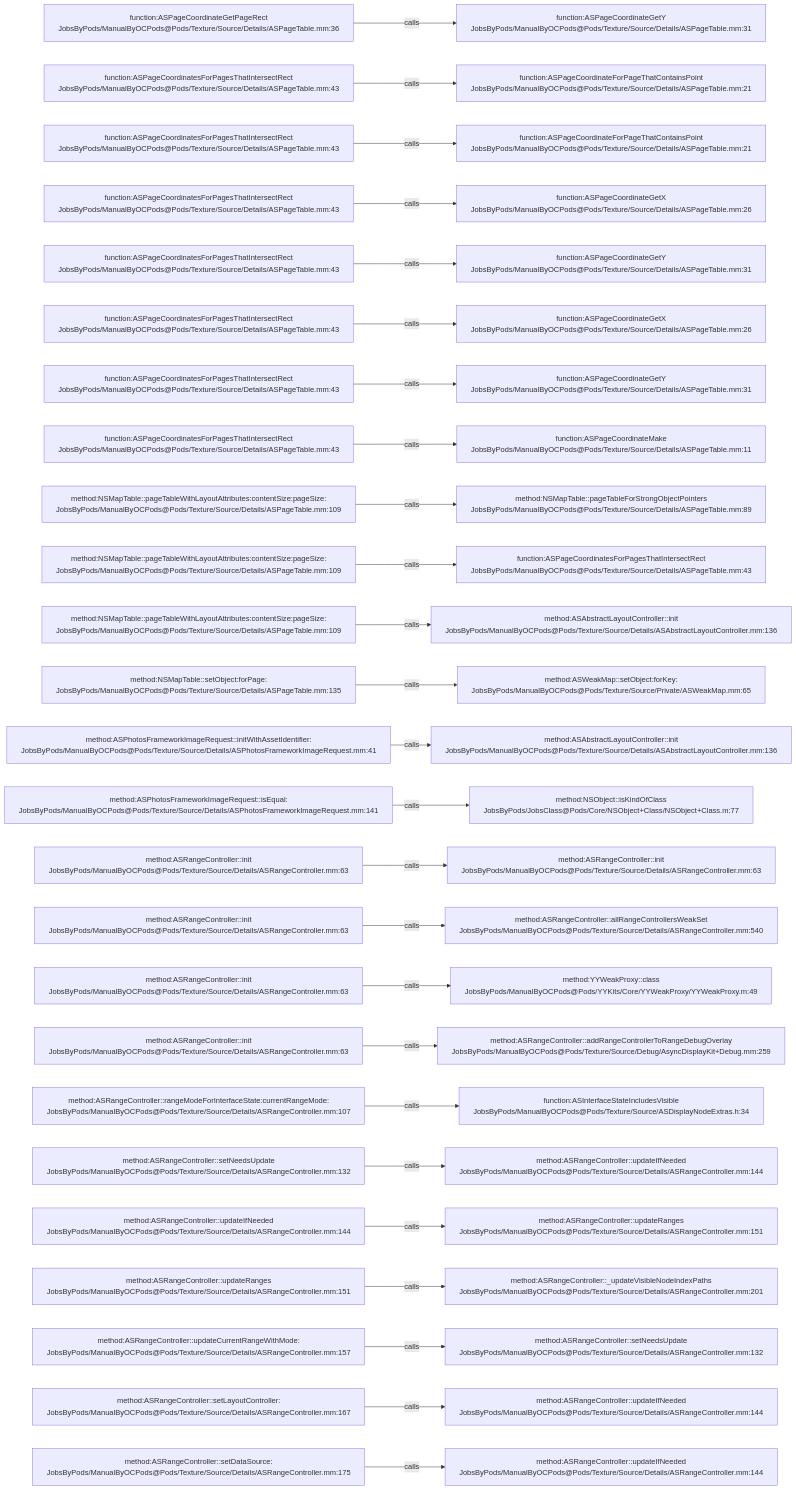
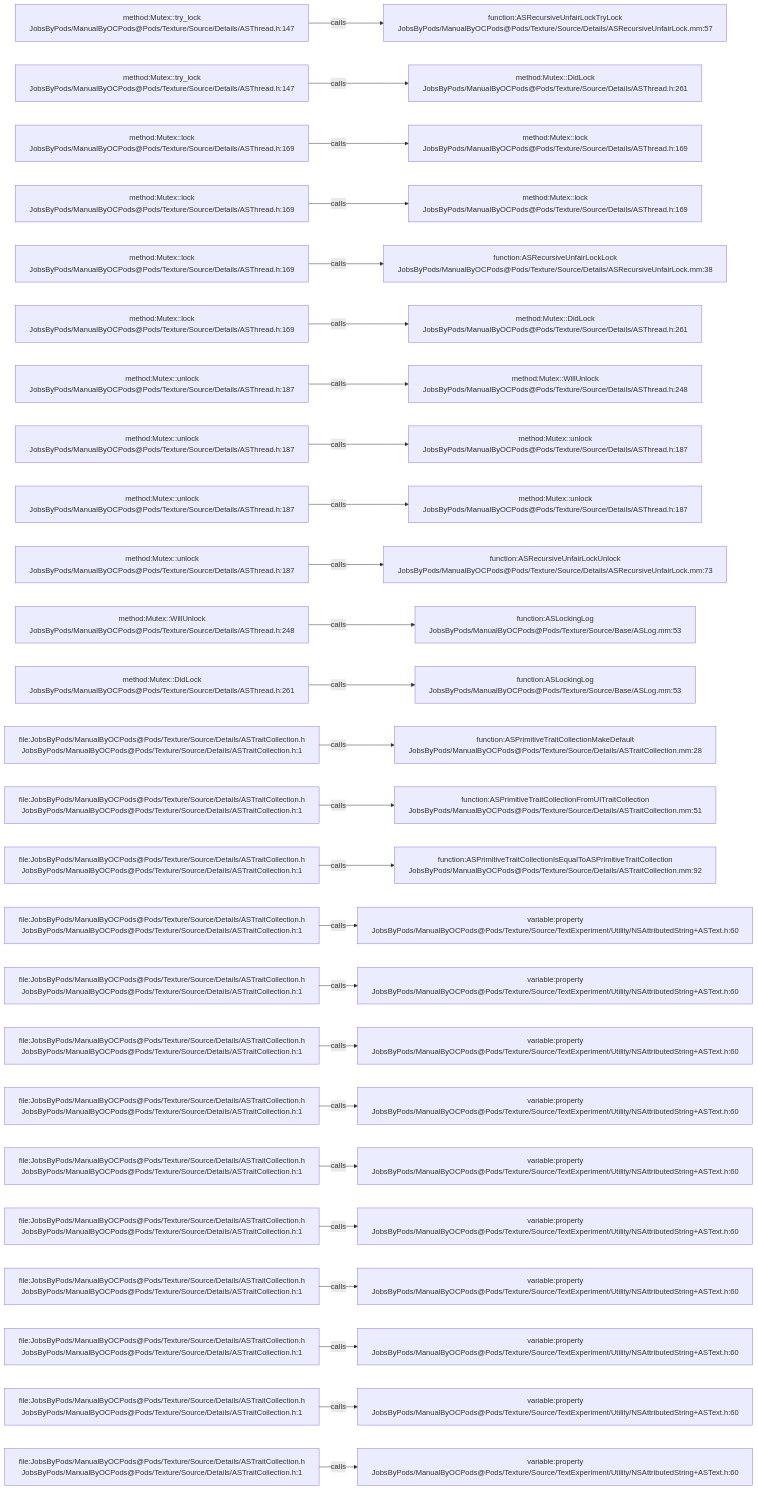
One commit to JobsKits/JobsOCBaseConfigDemo changed the diagram in .codegraph/codegraph.md/graphs/calls-164.md. Above: the diagram before and after it, drawn with Mermaid. The commit also changed 1353 other files, not shown here.

````diff
--- a/.codegraph/codegraph.md/graphs/calls-164.md
+++ b/.codegraph/codegraph.md/graphs/calls-164.md
@@ -13,78 +13,78 @@
 ```mermaid
 flowchart LR
-  S1["function:ASPageCoordinateGetPageRect<br/>JobsByPods/ManualByOCPods@Pods/Texture/Source/Details/ASPageTable.mm:36"]
-  T1["function:ASPageCoordinateGetY<br/>JobsByPods/ManualByOCPods@Pods/Texture/Source/Details/ASPageTable.mm:31"]
+  S1["method:Mutex::try_lock<br/>JobsByPods/ManualByOCPods@Pods/Texture/Source/Details/ASThread.h:147"]
+  T1["function:ASRecursiveUnfairLockTryLock<br/>JobsByPods/ManualByOCPods@Pods/Texture/Source/Details/ASRecursiveUnfairLock.mm:57"]
   S1 -->|calls| T1
-  S2["function:ASPageCoordinatesForPagesThatIntersectRect<br/>JobsByPods/ManualByOCPods@Pods/Texture/Source/Details/ASPageTable.mm:43"]
-  T2["function:ASPageCoordinateForPageThatContainsPoint<br/>JobsByPods/ManualByOCPods@Pods/Texture/Source/Details/ASPageTable.mm:21"]
+  S2["method:Mutex::try_lock<br/>JobsByPods/ManualByOCPods@Pods/Texture/Source/Details/ASThread.h:147"]
+  T2["method:Mutex::DidLock<br/>JobsByPods/ManualByOCPods@Pods/Texture/Source/Details/ASThread.h:261"]
   S2 -->|calls| T2
-  S3["function:ASPageCoordinatesForPagesThatIntersectRect<br/>JobsByPods/ManualByOCPods@Pods/Texture/Source/Details/ASPageTable.mm:43"]
-  T3["function:ASPageCoordinateForPageThatContainsPoint<br/>JobsByPods/ManualByOCPods@Pods/Texture/Source/Details/ASPageTable.mm:21"]
+  S3["method:Mutex::lock<br/>JobsByPods/ManualByOCPods@Pods/Texture/Source/Details/ASThread.h:169"]
+  T3["method:Mutex::lock<br/>JobsByPods/ManualByOCPods@Pods/Texture/Source/Details/ASThread.h:169"]
   S3 -->|calls| T3
-  S4["function:ASPageCoordinatesForPagesThatIntersectRect<br/>JobsByPods/ManualByOCPods@Pods/Texture/Source/Details/ASPageTable.mm:43"]
-  T4["function:ASPageCoordinateGetX<br/>JobsByPods/ManualByOCPods@Pods/Texture/Source/Details/ASPageTable.mm:26"]
+  S4["method:Mutex::lock<br/>JobsByPods/ManualByOCPods@Pods/Texture/Source/Details/ASThread.h:169"]
+  T4["method:Mutex::lock<br/>JobsByPods/ManualByOCPods@Pods/Texture/Source/Details/ASThread.h:169"]
   S4 -->|calls| T4
-  S5["function:ASPageCoordinatesForPagesThatIntersectRect<br/>JobsByPods/ManualByOCPods@Pods/Texture/Source/Details/ASPageTable.mm:43"]
-  T5["function:ASPageCoordinateGetY<br/>JobsByPods/ManualByOCPods@Pods/Texture/Source/Details/ASPageTable.mm:31"]
+  S5["method:Mutex::lock<br/>JobsByPods/ManualByOCPods@Pods/Texture/Source/Details/ASThread.h:169"]
+  T5["function:ASRecursiveUnfairLockLock<br/>JobsByPods/ManualByOCPods@Pods/Texture/Source/Details/ASRecursiveUnfairLock.mm:38"]
   S5 -->|calls| T5
-  S6["function:ASPageCoordinatesForPagesThatIntersectRect<br/>JobsByPods/ManualByOCPods@Pods/Texture/Source/Details/ASPageTable.mm:43"]
-  T6["function:ASPageCoordinateGetX<br/>JobsByPods/ManualByOCPods@Pods/Texture/Source/Details/ASPageTable.mm:26"]
+  S6["method:Mutex::lock<br/>JobsByPods/ManualByOCPods@Pods/Texture/Source/Details/ASThread.h:169"]
+  T6["method:Mutex::DidLock<br/>JobsByPods/ManualByOCPods@Pods/Texture/Source/Details/ASThread.h:261"]
   S6 -->|calls| T6
-  S7["function:ASPageCoordinatesForPagesThatIntersectRect<br/>JobsByPods/ManualByOCPods@Pods/Texture/Source/Details/ASPageTable.mm:43"]
-  T7["function:ASPageCoordinateGetY<br/>JobsByPods/ManualByOCPods@Pods/Texture/Source/Details/ASPageTable.mm:31"]
+  S7["method:Mutex::unlock<br/>JobsByPods/ManualByOCPods@Pods/Texture/Source/Details/ASThread.h:187"]
+  T7["method:Mutex::WillUnlock<br/>JobsByPods/ManualByOCPods@Pods/Texture/Source/Details/ASThread.h:248"]
   S7 -->|calls| T7
-  S8["function:ASPageCoordinatesForPagesThatIntersectRect<br/>JobsByPods/ManualByOCPods@Pods/Texture/Source/Details/ASPageTable.mm:43"]
-  T8["function:ASPageCoordinateMake<br/>JobsByPods/ManualByOCPods@Pods/Texture/Source/Details/ASPageTable.mm:11"]
+  S8["method:Mutex::unlock<br/>JobsByPods/ManualByOCPods@Pods/Texture/Source/Details/ASThread.h:187"]
+  T8["method:Mutex::unlock<br/>JobsByPods/ManualByOCPods@Pods/Texture/Source/Details/ASThread.h:187"]
   S8 -->|calls| T8
-  S9["method:NSMapTable::pageTableWithLayoutAttributes:contentSize:pageSize:<br/>JobsByPods/ManualByOCPods@Pods/Texture/Source/Details/ASPageTable.mm:109"]
-  T9["method:NSMapTable::pageTableForStrongObjectPointers<br/>JobsByPods/ManualByOCPods@Pods/Texture/Source/Details/ASPageTable.mm:89"]
+  S9["method:Mutex::unlock<br/>JobsByPods/ManualByOCPods@Pods/Texture/Source/Details/ASThread.h:187"]
+  T9["method:Mutex::unlock<br/>JobsByPods/ManualByOCPods@Pods/Texture/Source/Details/ASThread.h:187"]
   S9 -->|calls| T9
-  S10["method:NSMapTable::pageTableWithLayoutAttributes:contentSize:pageSize:<br/>JobsByPods/ManualByOCPods@Pods/Texture/Source/Details/ASPageTable.mm:109"]
-  T10["function:ASPageCoordinatesForPagesThatIntersectRect<br/>JobsByPods/ManualByOCPods@Pods/Texture/Source/Details/ASPageTable.mm:43"]
+  S10["method:Mutex::unlock<br/>JobsByPods/ManualByOCPods@Pods/Texture/Source/Details/ASThread.h:187"]
+  T10["function:ASRecursiveUnfairLockUnlock<br/>JobsByPods/ManualByOCPods@Pods/Texture/Source/Details/ASRecursiveUnfairLock.mm:73"]
   S10 -->|calls| T10
-  S11["method:NSMapTable::pageTableWithLayoutAttributes:contentSize:pageSize:<br/>JobsByPods/ManualByOCPods@Pods/Texture/Source/Details/ASPageTable.mm:109"]
-  T11["method:ASAbstractLayoutController::init<br/>JobsByPods/ManualByOCPods@Pods/Texture/Source/Details/ASAbstractLayoutController.mm:136"]
+  S11["method:Mutex::WillUnlock<br/>JobsByPods/ManualByOCPods@Pods/Texture/Source/Details/ASThread.h:248"]
+  T11["function:ASLockingLog<br/>JobsByPods/ManualByOCPods@Pods/Texture/Source/Base/ASLog.mm:53"]
   S11 -->|calls| T11
-  S12["method:NSMapTable::setObject:forPage:<br/>JobsByPods/ManualByOCPods@Pods/Texture/Source/Details/ASPageTable.mm:135"]
-  T12["method:ASWeakMap::setObject:forKey:<br/>JobsByPods/ManualByOCPods@Pods/Texture/Source/Private/ASWeakMap.mm:65"]
+  S12["method:Mutex::DidLock<br/>JobsByPods/ManualByOCPods@Pods/Texture/Source/Details/ASThread.h:261"]
+  T12["function:ASLockingLog<br/>JobsByPods/ManualByOCPods@Pods/Texture/Source/Base/ASLog.mm:53"]
   S12 -->|calls| T12
-  S13["method:ASPhotosFrameworkImageRequest::initWithAssetIdentifier:<br/>JobsByPods/ManualByOCPods@Pods/Texture/Source/Details/ASPhotosFrameworkImageRequest.mm:41"]
-  T13["method:ASAbstractLayoutController::init<br/>JobsByPods/ManualByOCPods@Pods/Texture/Source/Details/ASAbstractLayoutController.mm:136"]
+  S13["file:JobsByPods/ManualByOCPods@Pods/Texture/Source/Details/ASTraitCollection.h<br/>JobsByPods/ManualByOCPods@Pods/Texture/Source/Details/ASTraitCollection.h:1"]
+  T13["function:ASPrimitiveTraitCollectionMakeDefault<br/>JobsByPods/ManualByOCPods@Pods/Texture/Source/Details/ASTraitCollection.mm:28"]
   S13 -->|calls| T13
-  S14["method:ASPhotosFrameworkImageRequest::isEqual:<br/>JobsByPods/ManualByOCPods@Pods/Texture/Source/Details/ASPhotosFrameworkImageRequest.mm:141"]
-  T14["method:NSObject::isKindOfClass<br/>JobsByPods/JobsClass@Pods/Core/NSObject+Class/NSObject+Class.m:77"]
+  S14["file:JobsByPods/ManualByOCPods@Pods/Texture/Source/Details/ASTraitCollection.h<br/>JobsByPods/ManualByOCPods@Pods/Texture/Source/Details/ASTraitCollection.h:1"]
+  T14["function:ASPrimitiveTraitCollectionFromUITraitCollection<br/>JobsByPods/ManualByOCPods@Pods/Texture/Source/Details/ASTraitCollection.mm:51"]
   S14 -->|calls| T14
-  S15["method:ASRangeController::init<br/>JobsByPods/ManualByOCPods@Pods/Texture/Source/Details/ASRangeController.mm:63"]
-  T15["method:ASRangeController::init<br/>JobsByPods/ManualByOCPods@Pods/Texture/Source/Details/ASRangeController.mm:63"]
+  S15["file:JobsByPods/ManualByOCPods@Pods/Texture/Source/Details/ASTraitCollection.h<br/>JobsByPods/ManualByOCPods@Pods/Texture/Source/Details/ASTraitCollection.h:1"]
+  T15["function:ASPrimitiveTraitCollectionIsEqualToASPrimitiveTraitCollection<br/>JobsByPods/ManualByOCPods@Pods/Texture/Source/Details/ASTraitCollection.mm:92"]
   S15 -->|calls| T15
-  S16["method:ASRangeController::init<br/>JobsByPods/ManualByOCPods@Pods/Texture/Source/Details/ASRangeController.mm:63"]
-  T16["method:ASRangeController::allRangeControllersWeakSet<br/>JobsByPods/ManualByOCPods@Pods/Texture/Source/Details/ASRangeController.mm:540"]
+  S16["file:JobsByPods/ManualByOCPods@Pods/Texture/Source/Details/ASTraitCollection.h<br/>JobsByPods/ManualByOCPods@Pods/Texture/Source/Details/ASTraitCollection.h:1"]
+  T16["variable:property<br/>JobsByPods/ManualByOCPods@Pods/Texture/Source/TextExperiment/Utility/NSAttributedString+ASText.h:60"]
   S16 -->|calls| T16
-  S17["method:ASRangeController::init<br/>JobsByPods/ManualByOCPods@Pods/Texture/Source/Details/ASRangeController.mm:63"]
-  T17["method:YYWeakProxy::class<br/>JobsByPods/ManualByOCPods@Pods/YYKits/Core/YYWeakProxy/YYWeakProxy.m:49"]
+  S17["file:JobsByPods/ManualByOCPods@Pods/Texture/Source/Details/ASTraitCollection.h<br/>JobsByPods/ManualByOCPods@Pods/Texture/Source/Details/ASTraitCollection.h:1"]
+  T17["variable:property<br/>JobsByPods/ManualByOCPods@Pods/Texture/Source/TextExperiment/Utility/NSAttributedString+ASText.h:60"]
   S17 -->|calls| T17
-  S18["method:ASRangeController::init<br/>JobsByPods/ManualByOCPods@Pods/Texture/Source/Details/ASRangeController.mm:63"]
-  T18["method:ASRangeController::addRangeControllerToRangeDebugOverlay<br/>JobsByPods/ManualByOCPods@Pods/Texture/Source/Debug/AsyncDisplayKit+Debug.mm:259"]
+  S18["file:JobsByPods/ManualByOCPods@Pods/Texture/Source/Details/ASTraitCollection.h<br/>JobsByPods/ManualByOCPods@Pods/Texture/Source/Details/ASTraitCollection.h:1"]
+  T18["variable:property<br/>JobsByPods/ManualByOCPods@Pods/Texture/Source/TextExperiment/Utility/NSAttributedString+ASText.h:60"]
   S18 -->|calls| T18
-  S19["method:ASRangeController::rangeModeForInterfaceState:currentRangeMode:<br/>JobsByPods/ManualByOCPods@Pods/Texture/Source/Details/ASRangeController.mm:107"]
-  T19["function:ASInterfaceStateIncludesVisible<br/>JobsByPods/ManualByOCPods@Pods/Texture/Source/ASDisplayNodeExtras.h:34"]
+  S19["file:JobsByPods/ManualByOCPods@Pods/Texture/Source/Details/ASTraitCollection.h<br/>JobsByPods/ManualByOCPods@Pods/Texture/Source/Details/ASTraitCollection.h:1"]
+  T19["variable:property<br/>JobsByPods/ManualByOCPods@Pods/Texture/Source/TextExperiment/Utility/NSAttributedString+ASText.h:60"]
   S19 -->|calls| T19
-  S20["method:ASRangeController::setNeedsUpdate<br/>JobsByPods/ManualByOCPods@Pods/Texture/Source/Details/ASRangeController.mm:132"]
-  T20["method:ASRangeController::updateIfNeeded<br/>JobsByPods/ManualByOCPods@Pods/Texture/Source/Details/ASRangeController.mm:144"]
+  S20["file:JobsByPods/ManualByOCPods@Pods/Texture/Source/Details/ASTraitCollection.h<br/>JobsByPods/ManualByOCPods@Pods/Texture/Source/Details/ASTraitCollection.h:1"]
+  T20["variable:property<br/>JobsByPods/ManualByOCPods@Pods/Texture/Source/TextExperiment/Utility/NSAttributedString+ASText.h:60"]
   S20 -->|calls| T20
-  S21["method:ASRangeController::updateIfNeeded<br/>JobsByPods/ManualByOCPods@Pods/Texture/Source/Details/ASRangeController.mm:144"]
-  T21["method:ASRangeController::updateRanges<br/>JobsByPods/ManualByOCPods@Pods/Texture/Source/Details/ASRangeController.mm:151"]
+  S21["file:JobsByPods/ManualByOCPods@Pods/Texture/Source/Details/ASTraitCollection.h<br/>JobsByPods/ManualByOCPods@Pods/Texture/Source/Details/ASTraitCollection.h:1"]
+  T21["variable:property<br/>JobsByPods/ManualByOCPods@Pods/Texture/Source/TextExperiment/Utility/NSAttributedString+ASText.h:60"]
   S21 -->|calls| T21
-  S22["method:ASRangeController::updateRanges<br/>JobsByPods/ManualByOCPods@Pods/Texture/Source/Details/ASRangeController.mm:151"]
-  T22["method:ASRangeController::_updateVisibleNodeIndexPaths<br/>JobsByPods/ManualByOCPods@Pods/Texture/Source/Details/ASRangeController.mm:201"]
+  S22["file:JobsByPods/ManualByOCPods@Pods/Texture/Source/Details/ASTraitCollection.h<br/>JobsByPods/ManualByOCPods@Pods/Texture/Source/Details/ASTraitCollection.h:1"]
+  T22["variable:property<br/>JobsByPods/ManualByOCPods@Pods/Texture/Source/TextExperiment/Utility/NSAttributedString+ASText.h:60"]
   S22 -->|calls| T22
-  S23["method:ASRangeController::updateCurrentRangeWithMode:<br/>JobsByPods/ManualByOCPods@Pods/Texture/Source/Details/ASRangeController.mm:157"]
-  T23["method:ASRangeController::setNeedsUpdate<br/>JobsByPods/ManualByOCPods@Pods/Texture/Source/Details/ASRangeController.mm:132"]
+  S23["file:JobsByPods/ManualByOCPods@Pods/Texture/Source/Details/ASTraitCollection.h<br/>JobsByPods/ManualByOCPods@Pods/Texture/Source/Details/ASTraitCollection.h:1"]
+  T23["variable:property<br/>JobsByPods/ManualByOCPods@Pods/Texture/Source/TextExperiment/Utility/NSAttributedString+ASText.h:60"]
   S23 -->|calls| T23
-  S24["method:ASRangeController::setLayoutController:<br/>JobsByPods/ManualByOCPods@Pods/Texture/Source/Details/ASRangeController.mm:167"]
-  T24["method:ASRangeController::updateIfNeeded<br/>JobsByPods/ManualByOCPods@Pods/Texture/Source/Details/ASRangeController.mm:144"]
+  S24["file:JobsByPods/ManualByOCPods@Pods/Texture/Source/Details/ASTraitCollection.h<br/>JobsByPods/ManualByOCPods@Pods/Texture/Source/Details/ASTraitCollection.h:1"]
+  T24["variable:property<br/>JobsByPods/ManualByOCPods@Pods/Texture/Source/TextExperiment/Utility/NSAttributedString+ASText.h:60"]
   S24 -->|calls| T24
-  S25["method:ASRangeController::setDataSource:<br/>JobsByPods/ManualByOCPods@Pods/Texture/Source/Details/ASRangeController.mm:175"]
-  T25["method:ASRangeController::updateIfNeeded<br/>JobsByPods/ManualByOCPods@Pods/Texture/Source/Details/ASRangeController.mm:144"]
+  S25["file:JobsByPods/ManualByOCPods@Pods/Texture/Source/Details/ASTraitCollection.h<br/>JobsByPods/ManualByOCPods@Pods/Texture/Source/Details/ASTraitCollection.h:1"]
+  T25["variable:property<br/>JobsByPods/ManualByOCPods@Pods/Texture/Source/TextExperiment/Utility/NSAttributedString+ASText.h:60"]
   S25 -->|calls| T25
 ```
````
